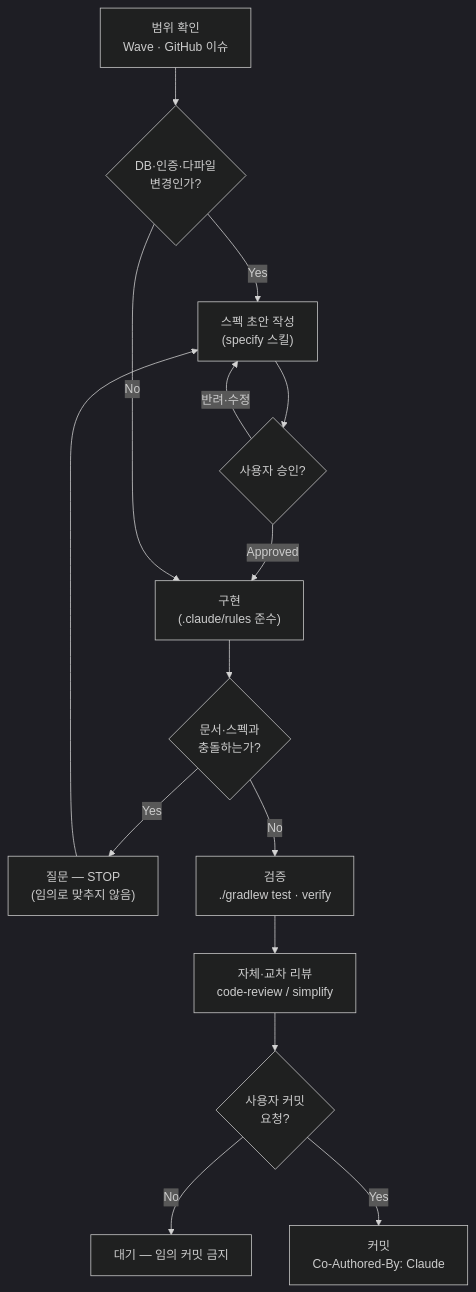
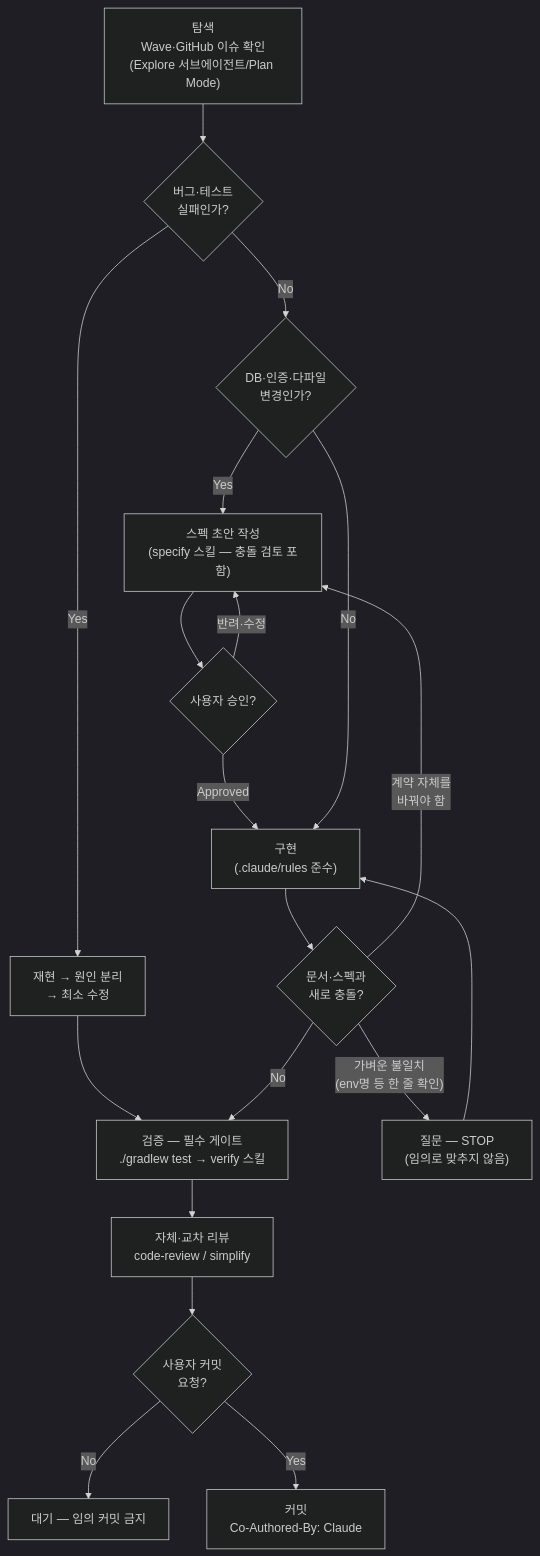
The diagram in README.md (Central-MakeUs/TripFit-server), drawn with Mermaid (dark theme) before and after one commit. The commit also changed other lines of this file and 72 other files, not shown here.

````diff
--- a/README.md
+++ b/README.md
@@ -33,17 +35,21 @@
 ```mermaid
 flowchart TD
-    A["범위 확인<br/>Wave · GitHub 이슈"] --> B{"DB·인증·다파일<br/>변경인가?"}
-    B -- Yes --> C["스펙 초안 작성<br/>(specify 스킬)"]
+    A["탐색<br/>Wave·GitHub 이슈 확인<br/>(Explore 서브에이전트/Plan Mode)"] --> BUG{"버그·테스트<br/>실패인가?"}
+    BUG -- Yes --> REPRO["재현 → 원인 분리<br/>→ 최소 수정"]
+    REPRO --> VERIFY
+    BUG -- No --> B{"DB·인증·다파일<br/>변경인가?"}
+    B -- Yes --> C["스펙 초안 작성<br/>(specify 스킬 — 충돌 검토 포함)"]
     C --> D{"사용자 승인?"}
     D -- "반려·수정" --> C
     D -- Approved --> E["구현<br/>(.claude/rules 준수)"]
     B -- No --> E
-    E --> F{"문서·스펙과<br/>충돌하는가?"}
-    F -- Yes --> G["질문 — STOP<br/>(임의로 맞추지 않음)"]
-    G --> C
-    F -- No --> H["검증<br/>./gradlew test · verify"]
-    H --> I["자체·교차 리뷰<br/>code-review / simplify"]
+    E --> F{"문서·스펙과<br/>새로 충돌?"}
+    F -- "가벼운 불일치<br/>(env명 등 한 줄 확인)" --> G["질문 — STOP<br/>(임의로 맞추지 않음)"]
+    G --> E
+    F -- "계약 자체를<br/>바꿔야 함" --> C
+    F -- No --> VERIFY["검증 — 필수 게이트<br/>./gradlew test → verify 스킬"]
+    VERIFY --> I["자체·교차 리뷰<br/>code-review / simplify"]
     I --> J{"사용자 커밋<br/>요청?"}
     J -- No --> K["대기 — 임의 커밋 금지"]
     J -- Yes --> L["커밋<br/>Co-Authored-By: Claude"]
 ```
````
